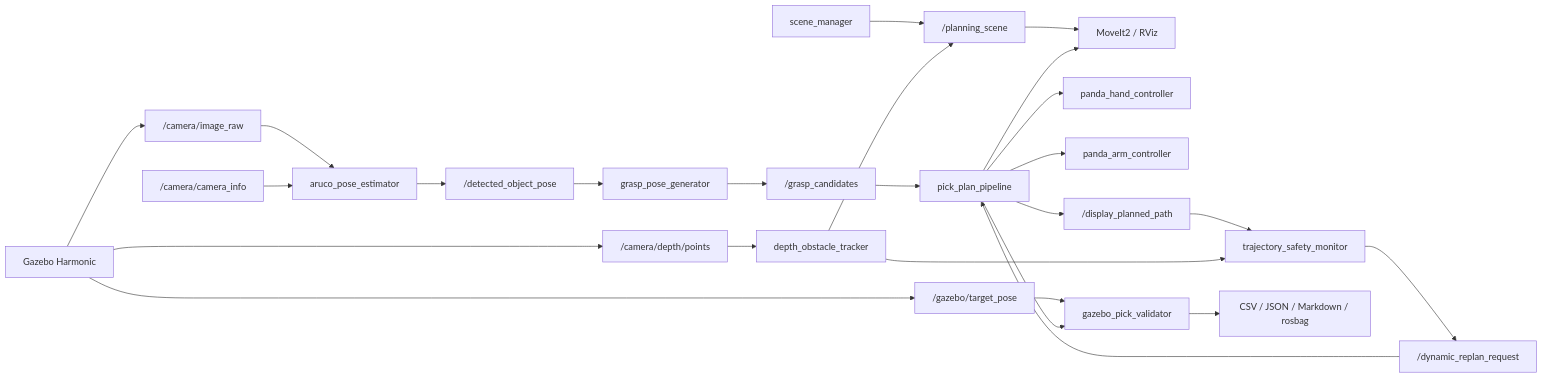
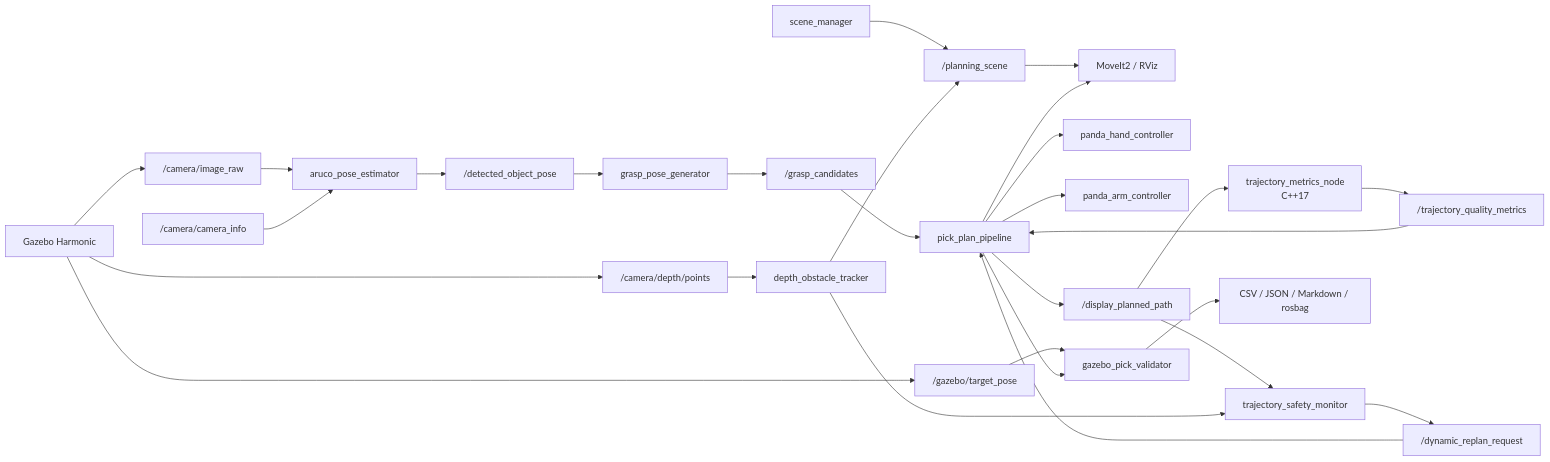
Before and after one commit to 0216Feng/panda-rgbd-manipulation: the diagram in docs/architecture.zh-CN.md, drawn with Mermaid. The commit also changed other lines of this file and 34 other files, not shown here.

Commit message:
feat: add C++ trajectory quality telemetry

````diff
--- a/docs/architecture.zh-CN.md
+++ b/docs/architecture.zh-CN.md
@@ -7,27 +7,30 @@
 ```mermaid
 flowchart LR
   Camera["/camera/image_raw"] --> Vision["aruco_pose_estimator"]
   CameraInfo["/camera/camera_info"] --> Vision
   Vision --> Pose["/detected_object_pose"]
   Pose --> Grasp["grasp_pose_generator"]
   Grasp --> Candidates["/grasp_candidates"]
   Candidates --> Pipeline["pick_plan_pipeline"]
   Scene["scene_manager"] --> PlanningScene["/planning_scene"]
   PlanningScene --> MoveIt["MoveIt2 / RViz"]
   Pipeline --> MoveIt
   Pipeline --> Hand["panda_hand_controller"]
   Pipeline --> Arm["panda_arm_controller"]
   Gazebo["Gazebo Harmonic"] --> Camera
   Gazebo --> Depth["/camera/depth/points"]
   Depth --> Tracker["depth_obstacle_tracker"]
   Tracker --> PlanningScene
   Pipeline --> Path["/display_planned_path"]
+  Path --> Quality["trajectory_metrics_node<br/>C++17"]
+  Quality --> QualityTopic["/trajectory_quality_metrics"]
+  QualityTopic --> Pipeline
   Path --> Safety["trajectory_safety_monitor"]
   Tracker --> Safety
   Safety --> Replan["/dynamic_replan_request"]
   Replan --> Pipeline
   Gazebo --> Truth["/gazebo/target_pose"]
   Truth --> Validator["gazebo_pick_validator"]
   Pipeline --> Validator
   Validator --> Report["CSV / JSON / Markdown / rosbag"]
 ```
````
